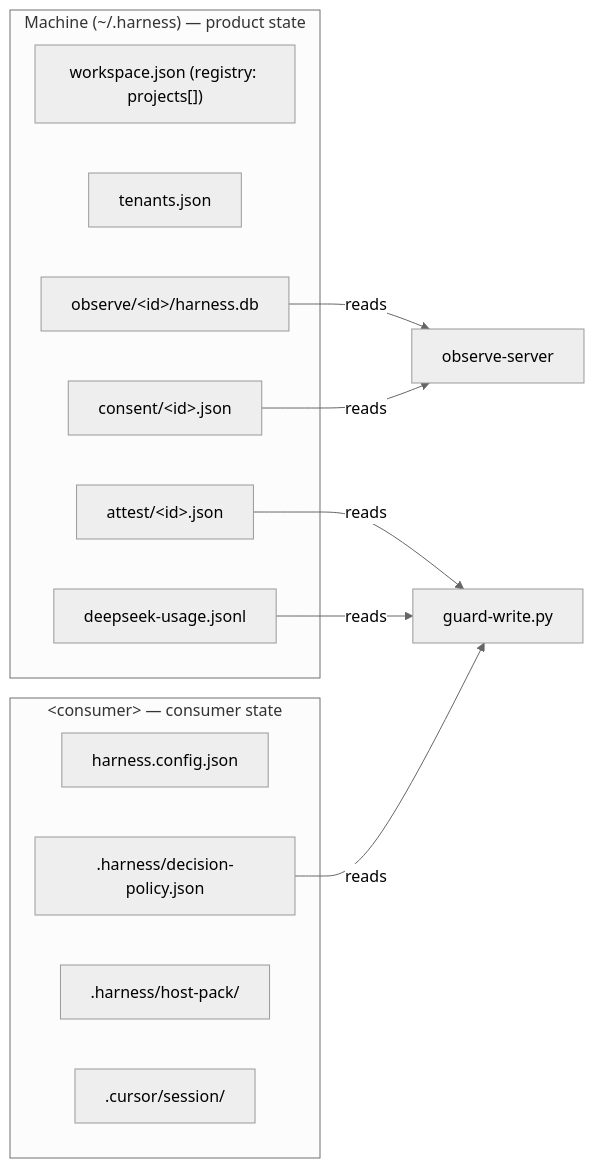
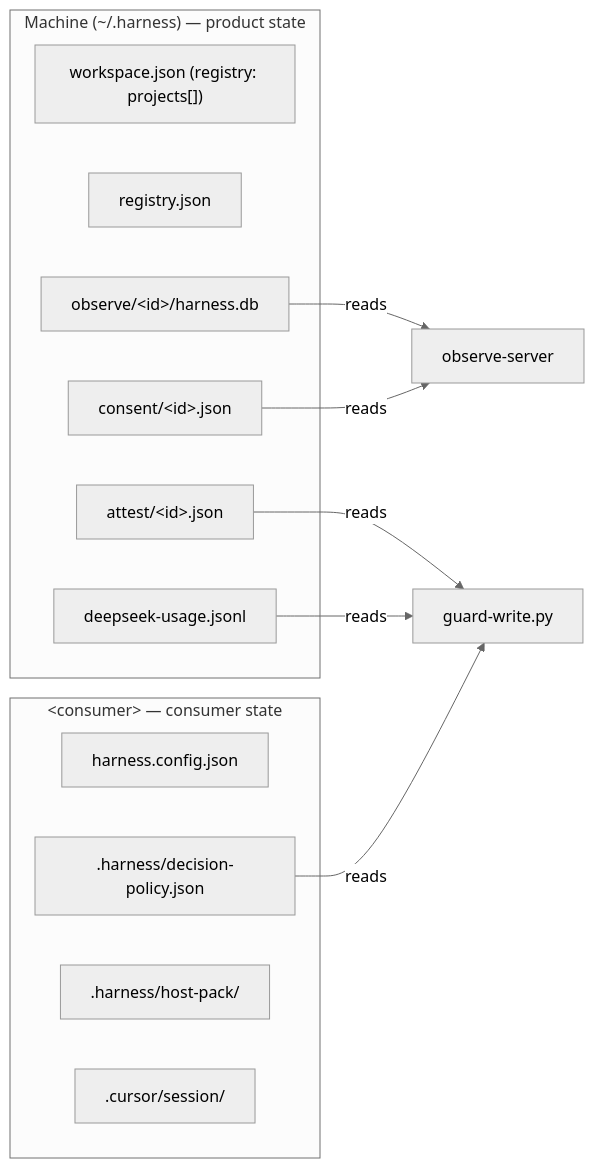
One commit to thangs2/harness-eso changed the second of 5 diagrams in documents/01.overview/03.architecture.md. Above: the diagram before and after it, drawn with Mermaid (neutral theme). The commit also changed other lines of this file and 125 other files, not shown here.

````diff
--- a/documents/01.overview/03.architecture.md
+++ b/documents/01.overview/03.architecture.md
@@ -129,22 +129,22 @@
 ```mermaid
 graph LR
     subgraph machine["Machine (~/.harness) — product state"]
         W["workspace.json (registry: projects[])"]
-        T[tenants.json]
+        T[registry.json]
         DB["observe/&lt;id&gt;/harness.db"]
         C["consent/&lt;id&gt;.json"]
         A["attest/&lt;id&gt;.json"]
         L["deepseek-usage.jsonl"]
     end
     subgraph consumer["&lt;consumer&gt; — consumer state"]
         CFG[harness.config.json]
         POL[".harness/decision-policy.json"]
         PACK[".harness/host-pack/"]
         SESS[".cursor/session/"]
     end
     DB -->|reads| OS["observe-server"]
     C -->|reads| OS
     A -->|reads| GW["guard-write.py"]
     L -->|reads| GW
     POL -->|reads| GW
 ```
````
